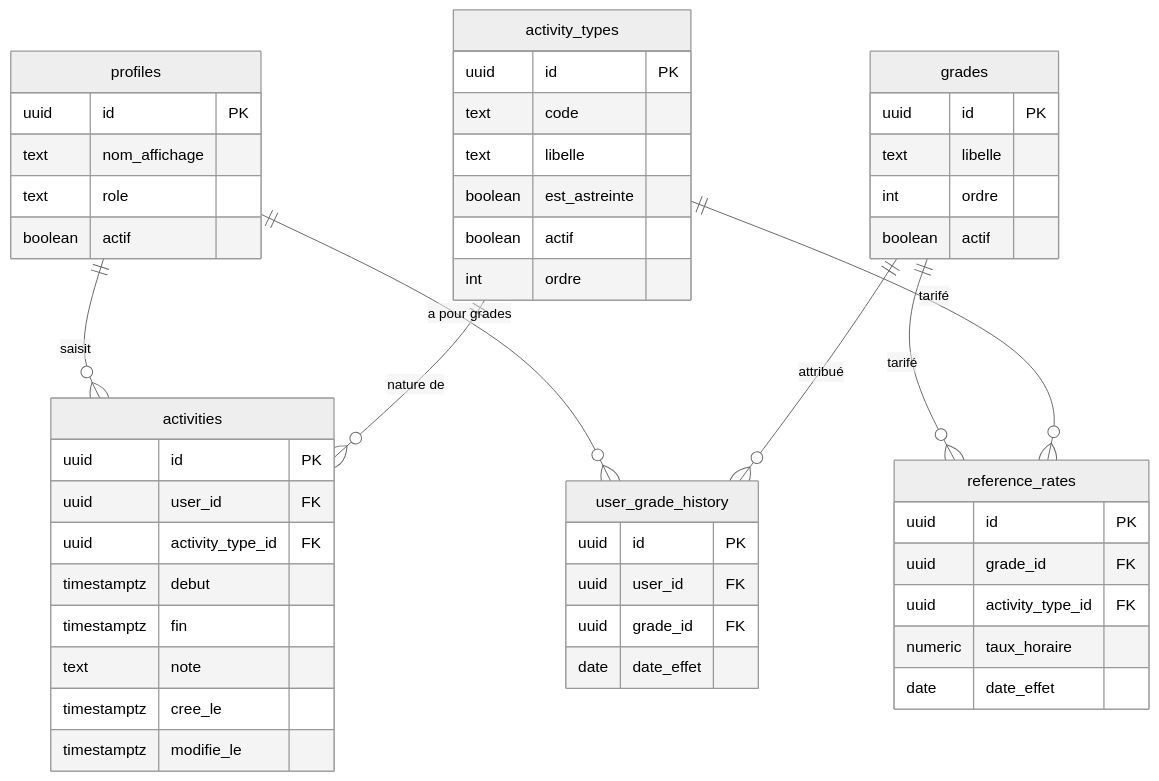
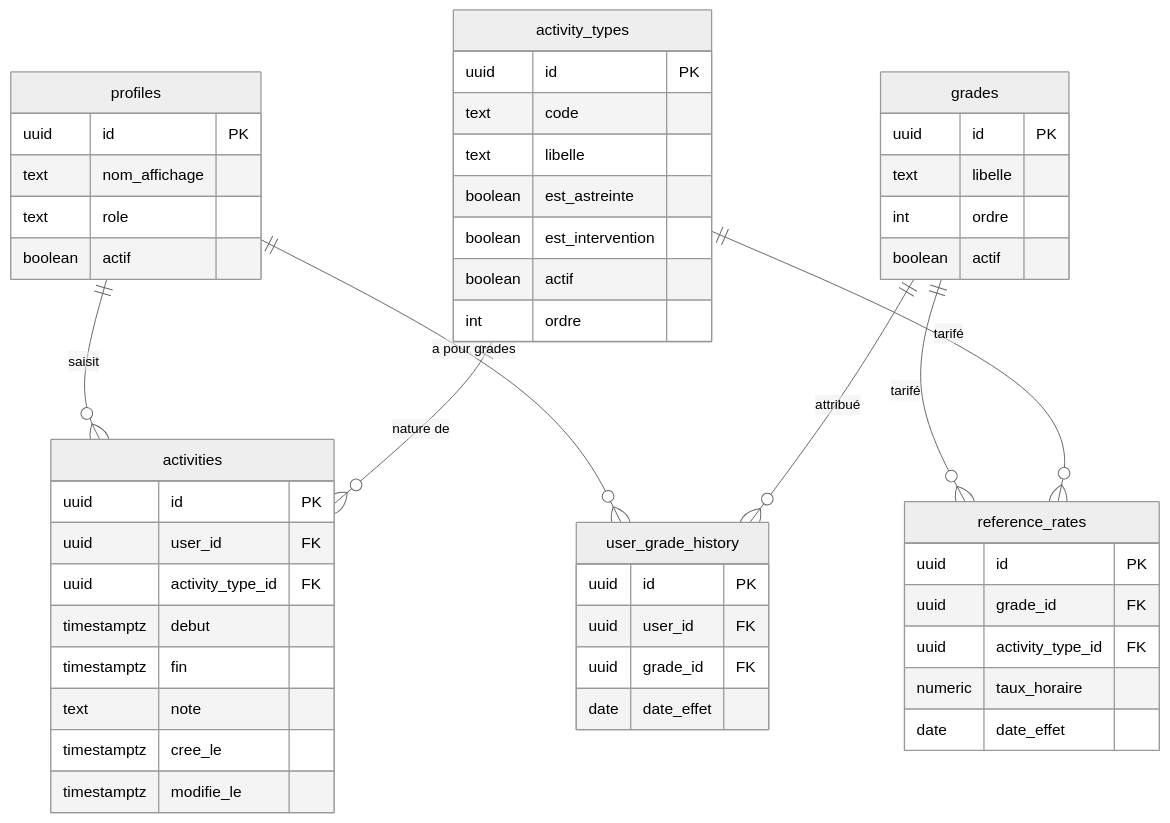
The fifth of 6 diagrams in docs/cahier_des_charges.md (thomaDrapier/pompier), drawn with Mermaid (neutral theme) before and after one commit. The commit also changed other lines of this file and 2 other files, not shown here.

````diff
--- a/docs/cahier_des_charges.md
+++ b/docs/cahier_des_charges.md
@@ -325,53 +326,54 @@
 ```mermaid
 erDiagram
     profiles ||--o{ activities : "saisit"
     profiles ||--o{ user_grade_history : "a pour grades"
     grades ||--o{ user_grade_history : "attribué"
     grades ||--o{ reference_rates : "tarifé"
     activity_types ||--o{ reference_rates : "tarifé"
     activity_types ||--o{ activities : "nature de"
 
     profiles {
         uuid id PK
         text nom_affichage
         text role
         boolean actif
     }
     activities {
         uuid id PK
         uuid user_id FK
         uuid activity_type_id FK
         timestamptz debut
         timestamptz fin
         text note
         timestamptz cree_le
         timestamptz modifie_le
     }
     activity_types {
         uuid id PK
         text code
         text libelle
         boolean est_astreinte
+        boolean est_intervention
         boolean actif
         int ordre
     }
     user_grade_history {
         uuid id PK
         uuid user_id FK
         uuid grade_id FK
         date date_effet
     }
     grades {
         uuid id PK
         text libelle
         int ordre
         boolean actif
     }
     reference_rates {
         uuid id PK
         uuid grade_id FK
         uuid activity_type_id FK
         numeric taux_horaire
         date date_effet
     }
 ```
````
